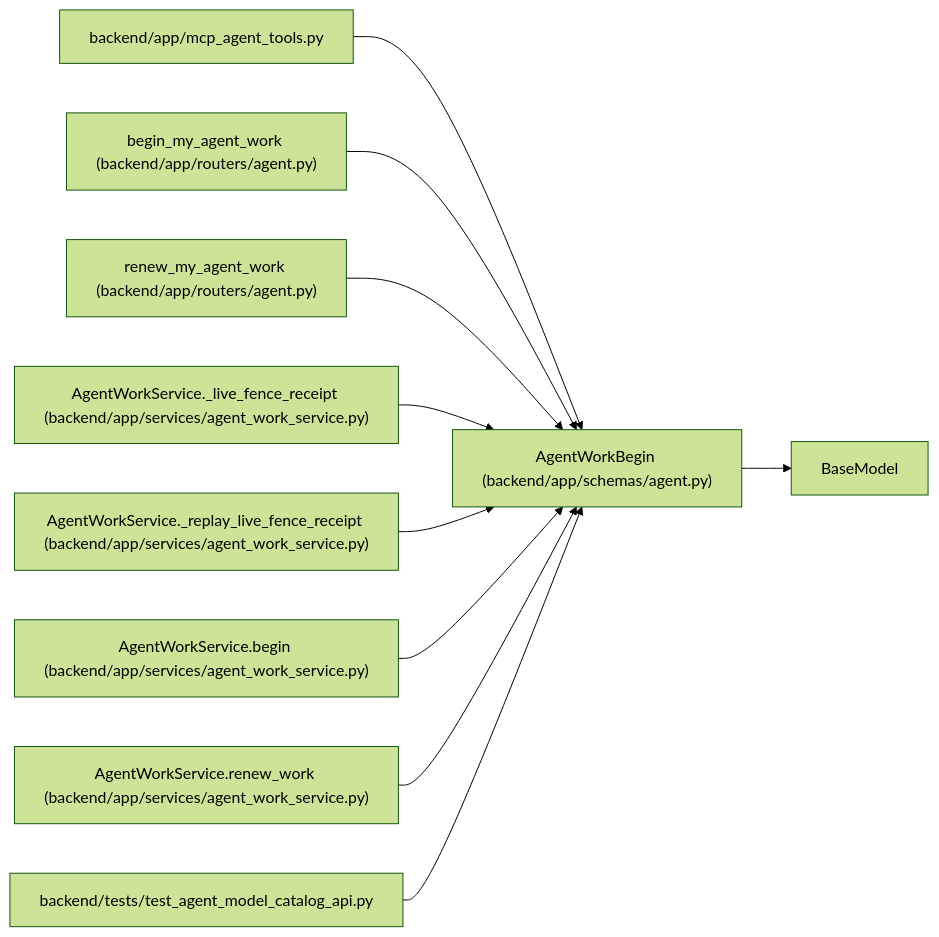
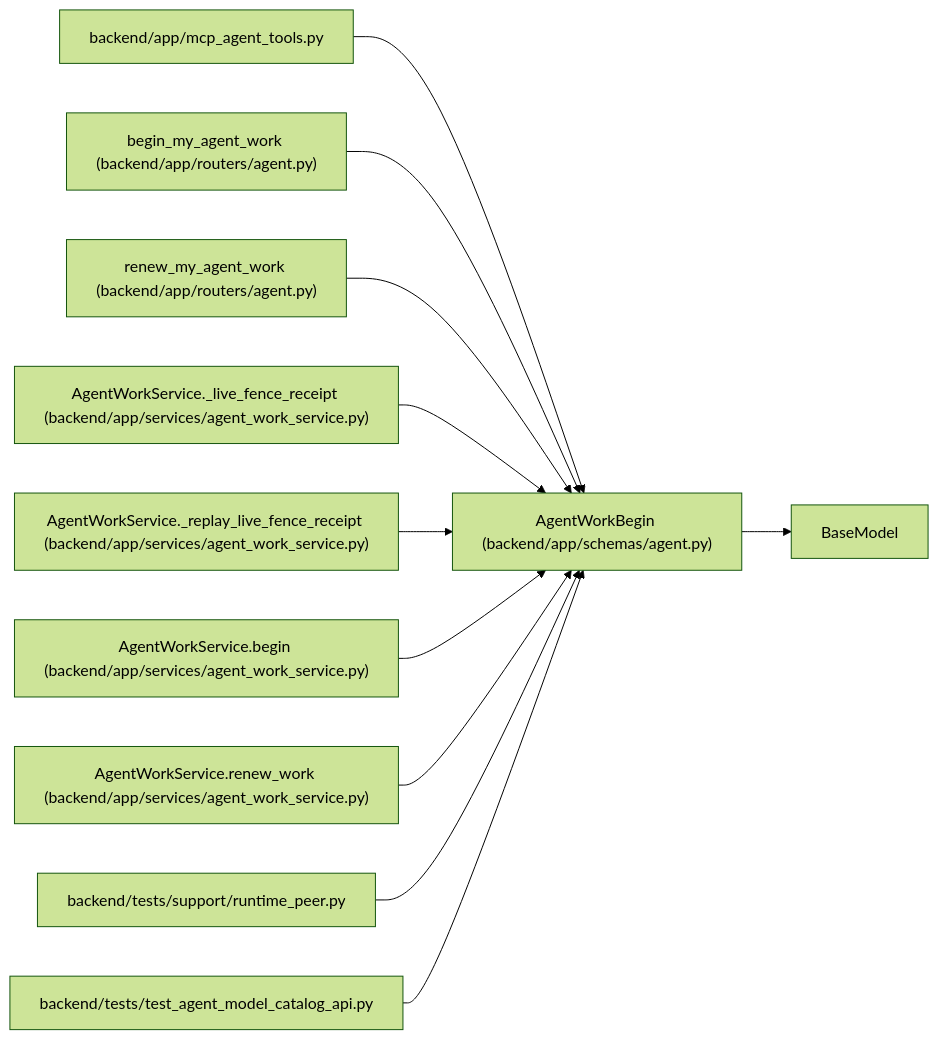
One commit to Denissvgn/WorkChord changed the diagram in docs/llm_wiki/entities/AgentWorkBegin.md. Above: the diagram before and after it, drawn with Mermaid (forest theme). The commit also changed other lines of this file and 6624 other files, not shown here.

````diff
--- a/docs/llm_wiki/entities/AgentWorkBegin.md
+++ b/docs/llm_wiki/entities/AgentWorkBegin.md
@@ -45,31 +45,34 @@
 ```mermaid
 flowchart LR
     n0["AgentWorkBegin (backend/app/schemas/agent.py)"]
     n1["BaseModel"]
     n2["backend/app/mcp_agent_tools.py"]
     n3["begin_my_agent_work (backend/app/routers/agent.py)"]
     n4["renew_my_agent_work (backend/app/routers/agent.py)"]
     n5["AgentWorkService._live_fence_receipt (backend/app/services/agent_work_service.py)"]
     n6["AgentWorkService._replay_live_fence_receipt (backend/app/services/agent_work_service.py)"]
     n7["AgentWorkService.begin (backend/app/services/agent_work_service.py)"]
     n8["AgentWorkService.renew_work (backend/app/services/agent_work_service.py)"]
-    n9["backend/tests/test_agent_model_catalog_api.py"]
+    n9["backend/tests/support/runtime_peer.py"]
+    n10["backend/tests/test_agent_model_catalog_api.py"]
     n0 --> n1
     n2 --> n0
     n3 --> n0
     n4 --> n0
     n5 --> n0
     n6 --> n0
     n7 --> n0
     n8 --> n0
     n9 --> n0
+    n10 --> n0
     click n0 "../modules/schemas_agent.md"
     click n2 "../modules/mcp_agent_tools.md"
     click n3 "../modules/routers_agent.md"
     click n4 "../modules/routers_agent.md"
     click n5 "../modules/agent_work_service.md"
     click n6 "../modules/agent_work_service.md"
     click n7 "../modules/agent_work_service.md"
     click n8 "../modules/agent_work_service.md"
-    click n9 "../modules/test_agent_model_catalog_api.md"
+    click n9 "../modules/runtime_peer.md"
+    click n10 "../modules/test_agent_model_catalog_api.md"
 ```
````
